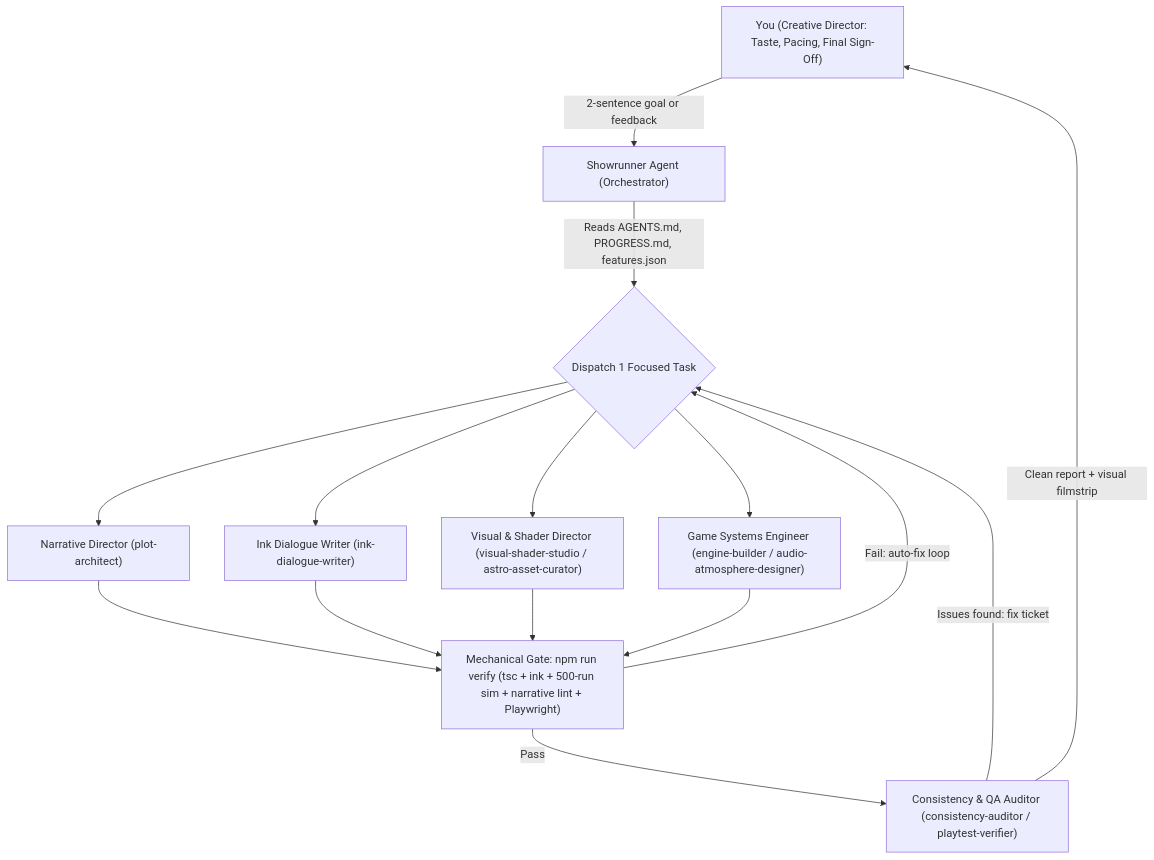
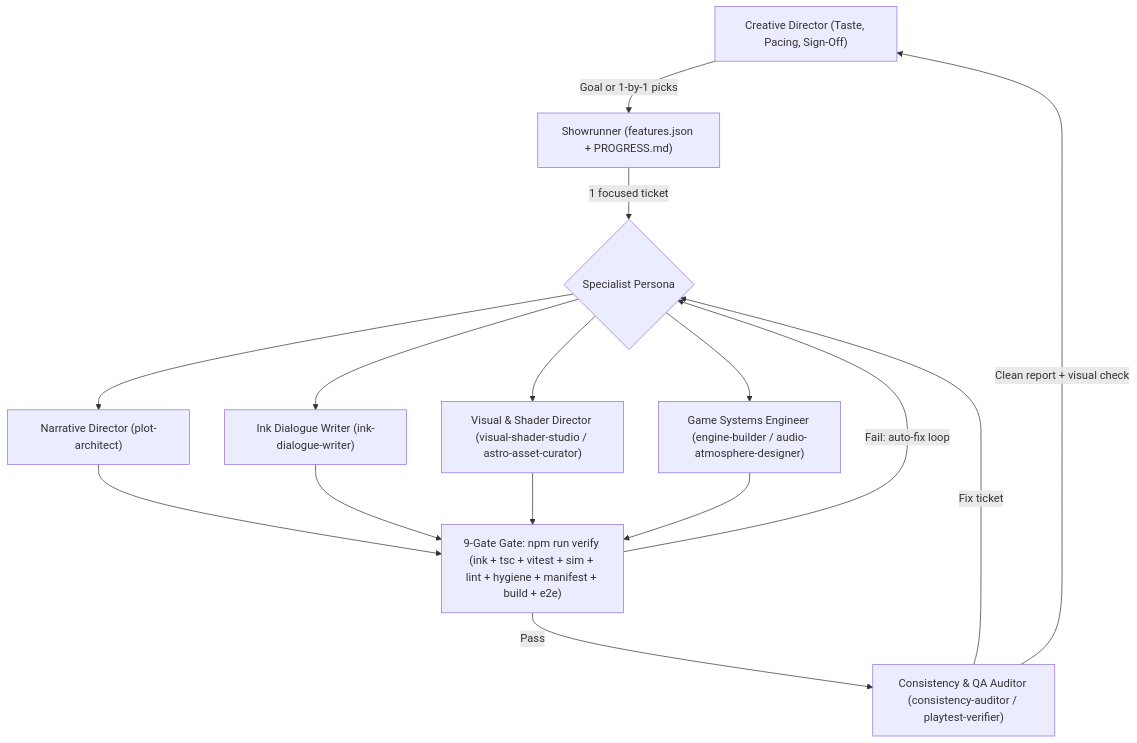
The diagram in docs/HARNESS.md (s-soltys/instance-1419), drawn with Mermaid before and after one commit. The commit also changed other lines of this file and 23 other files, not shown here.

````diff
--- a/docs/HARNESS.md
+++ b/docs/HARNESS.md
@@ -28,15 +44,15 @@
 ```mermaid
 flowchart TD
-    H["You (Creative Director: Taste, Pacing, Final Sign-Off)"] -->|"2-sentence goal or feedback"| SR["Showrunner Agent (Orchestrator)"]
-    SR -->|"Reads AGENTS.md, PROGRESS.md, features.json"| DIS{"Dispatch 1 Focused Task"}
+    H["Creative Director (Taste, Pacing, Sign-Off)"] -->|"Goal or 1-by-1 picks"| SR["Showrunner (features.json + PROGRESS.md)"]
+    SR -->|"1 focused ticket"| DIS{"Specialist Persona"}
     DIS --> ND["Narrative Director (plot-architect)"]
     DIS --> DW["Ink Dialogue Writer (ink-dialogue-writer)"]
     DIS --> VS["Visual & Shader Director (visual-shader-studio / astro-asset-curator)"]
     DIS --> GE["Game Systems Engineer (engine-builder / audio-atmosphere-designer)"]
 
-    ND & DW & VS & GE --> GATE["Mechanical Gate: npm run verify (tsc + ink + 500-run sim + narrative lint + Playwright)"]
+    ND & DW & VS & GE --> GATE["9-Gate Gate: npm run verify (ink + tsc + vitest + sim + lint + hygiene + manifest + build + e2e)"]
     GATE -->|"Fail: auto-fix loop"| DIS
     GATE -->|"Pass"| AUD["Consistency & QA Auditor (consistency-auditor / playtest-verifier)"]
-    AUD -->|"Issues found: fix ticket"| DIS
-    AUD -->|"Clean report + visual filmstrip"| H
+    AUD -->|"Fix ticket"| DIS
+    AUD -->|"Clean report + visual check"| H
 ```
````
